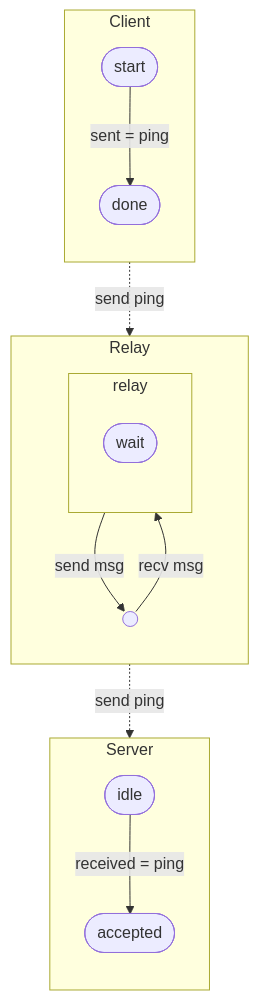
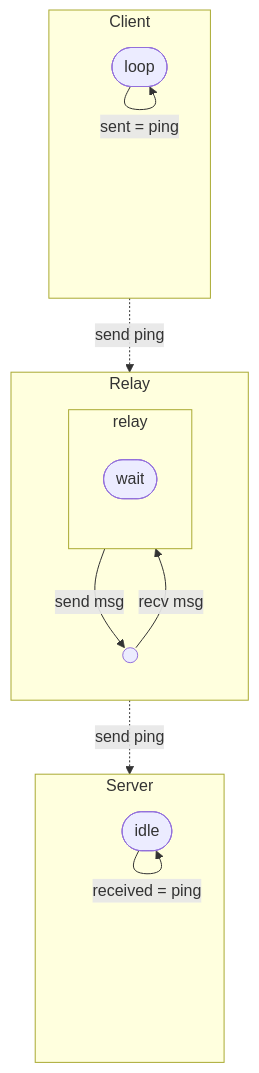
One commit to rfielding/go-ctl2 changed the diagram in docs/mermaid/a_to_b_state.mmd. Above: the diagram before and after it, drawn with Mermaid. The commit also changed 8 other files, not shown here.

```diff
--- a/docs/mermaid/a_to_b_state.mmd
+++ b/docs/mermaid/a_to_b_state.mmd
@@ -1,24 +1,24 @@
 flowchart TD
     subgraph Client
         direction TB
-        C_start([start]) -->|"sent = ping"| C_done([done])
+        C_loop([loop]) -->|"sent = ping"| C_loop
     end
 
     subgraph Relay
         direction TB
         subgraph R_relay["relay"]
             direction TB
             R_wait([wait])
         end
         R_entry(( ))
         R_entry -->|"recv msg"| R_wait
         R_wait -->|"send msg"| R_entry
     end
 
     subgraph Server
         direction TB
-        S_idle([idle]) -->|"received = ping"| S_accepted([accepted])
+        S_idle([idle]) -->|"received = ping"| S_idle
     end
 
-    C_done -. send ping .-> R_relay
+    C_loop -. send ping .-> R_relay
     R_wait -. send ping .-> S_idle
```
